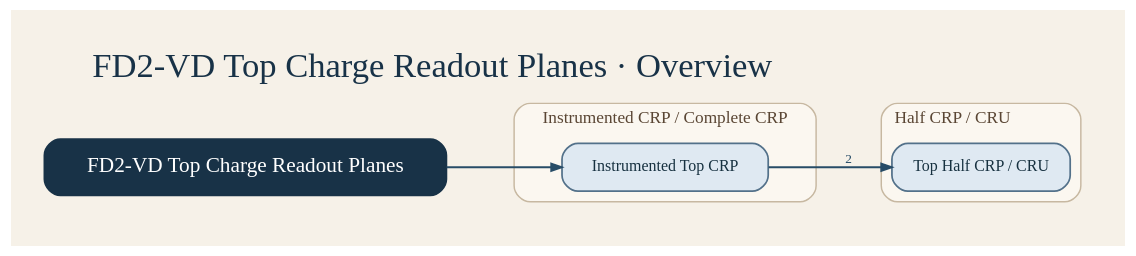
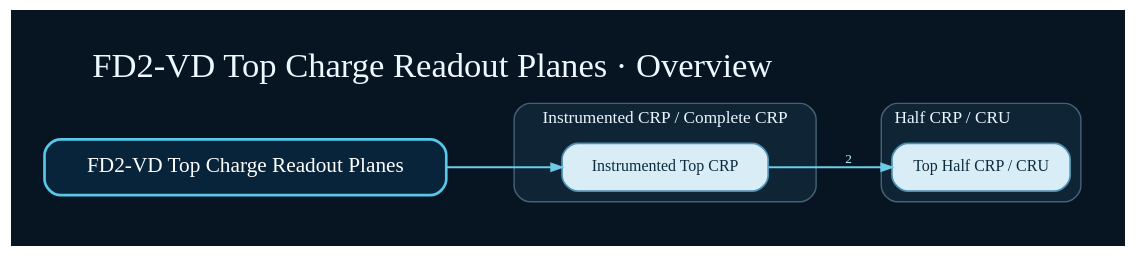
One commit to marroyav/hardware-database changed the diagram in docs/dot/fd2_vd_top_crp_overview.dot. Above: the diagram before and after it, drawn with Graphviz. The commit also changed 93 other files, not shown here.

```diff
--- a/docs/dot/fd2_vd_top_crp_overview.dot
+++ b/docs/dot/fd2_vd_top_crp_overview.dot
@@ -1,56 +1,56 @@
 digraph HardwareModel {
   graph [
     rankdir=LR,
     splines=true,
     overlap=false,
     newrank=true,
     compound=true,
-    bgcolor="#f6f1e8",
+    bgcolor="#071421",
     pad="0.35",
     nodesep="0.45",
     ranksep="0.8",
     label="FD2-VD Top Charge Readout Planes · Overview",
     labelloc="t",
     labeljust="l",
-    fontname="Iowan Old Style",
+    fontname="Avenir Next",
     fontsize=26,
-    fontcolor="#183247"
+    fontcolor="#edf8ff"
   ];
   node [fontname="Avenir Next", fontsize=12, margin="0.18,0.12", penwidth=1.3];
-  edge [fontname="Avenir Next", fontsize=10, arrowsize=0.8, penwidth=1.2, color="#33536a", fontcolor="#33536a"];
+  edge [fontname="Avenir Next", fontsize=10, arrowsize=0.8, penwidth=1.2, color="#6ecbe8", fontcolor="#bdefff"];
 
-  fd2_vd_top_crp [label="FD2-VD Top Charge Readout Planes", fontname="Avenir Next", URL="../explorer.html#object=fd2_vd_top_crp", target="_top", tooltip="Open FD2-VD Top Charge Readout Planes in the interactive explorer", shape="box", style="rounded,filled", fillcolor="#183247", color="#183247", fontcolor="#ffffff", fontsize="16", margin="0.24,0.16", penwidth="1.5"];
+  fd2_vd_top_crp [label="FD2-VD Top Charge Readout Planes", fontname="Avenir Next", URL="../explorer.html#object=fd2_vd_top_crp", target="_top", tooltip="Open FD2-VD Top Charge Readout Planes in the interactive explorer", shape="box", style="rounded,filled", fillcolor="#08243a", color="#58c7e8", fontcolor="#ffffff", fontsize="16", margin="0.24,0.16", penwidth="2.0"];
 
   subgraph cluster_fd2_vd_top_crp_half_crp {
     label="Half CRP / CRU";
     style="rounded,filled";
-    color="#c7b8a1";
-    fillcolor="#fbf7f0";
+    color="#456174";
+    fillcolor="#0f2434";
     penwidth=1.1;
     fontname="Avenir Next";
     fontsize=13;
-    fontcolor="#5a4634";
+    fontcolor="#e8f7ff";
     URL="../explorer.html#object=fd2_vd_top_crp.half_crp";
     target="_top";
     tooltip="Open Half CRP / CRU in the interactive explorer";
-    fd2_vd_top_crp_cru [label="Top Half CRP / CRU", fontname="Avenir Next", URL="../explorer.html#object=fd2_vd_top_crp.cru", target="_top", tooltip="Open Top Half CRP / CRU in the interactive explorer", shape="box", style="rounded,filled", fillcolor="#dfe9f2", color="#53718a", fontcolor="#173140"];
+    fd2_vd_top_crp_cru [label="Top Half CRP / CRU", fontname="Avenir Next", URL="../explorer.html#object=fd2_vd_top_crp.cru", target="_top", tooltip="Open Top Half CRP / CRU in the interactive explorer", shape="box", style="rounded,filled", fillcolor="#d9edf7", color="#4c8fb0", fontcolor="#0d2b3d"];
   }
 
   subgraph cluster_fd2_vd_top_crp_complete_crp {
     label="Instrumented CRP / Complete CRP";
     style="rounded,filled";
-    color="#c7b8a1";
-    fillcolor="#fbf7f0";
+    color="#456174";
+    fillcolor="#0f2434";
     penwidth=1.1;
     fontname="Avenir Next";
     fontsize=13;
-    fontcolor="#5a4634";
+    fontcolor="#e8f7ff";
     URL="../explorer.html#object=fd2_vd_top_crp.complete_crp";
     target="_top";
     tooltip="Open Instrumented CRP / Complete CRP in the interactive explorer";
-    fd2_vd_top_crp_top_crp [label="Instrumented Top CRP", fontname="Avenir Next", URL="../explorer.html#object=fd2_vd_top_crp.top_crp", target="_top", tooltip="Open Instrumented Top CRP in the interactive explorer", shape="box", style="rounded,filled", fillcolor="#dfe9f2", color="#53718a", fontcolor="#173140"];
+    fd2_vd_top_crp_top_crp [label="Instrumented Top CRP", fontname="Avenir Next", URL="../explorer.html#object=fd2_vd_top_crp.top_crp", target="_top", tooltip="Open Instrumented Top CRP in the interactive explorer", shape="box", style="rounded,filled", fillcolor="#d9edf7", color="#4c8fb0", fontcolor="#0d2b3d"];
   }
 
-  fd2_vd_top_crp -> fd2_vd_top_crp_top_crp [URL="../explorer.html#object=relation%3A80", target="_top", tooltip="Open contains relation in the interactive explorer", color="#274c67", fontcolor="#274c67", penwidth="1.4"];
-  fd2_vd_top_crp_top_crp -> fd2_vd_top_crp_cru [URL="../explorer.html#object=relation%3A81", target="_top", tooltip="Open contains relation in the interactive explorer", color="#274c67", fontcolor="#274c67", penwidth="1.4", label="2"];
+  fd2_vd_top_crp -> fd2_vd_top_crp_top_crp [URL="../explorer.html#object=relation%3A80", target="_top", tooltip="Open contains relation in the interactive explorer", color="#6ecbe8", fontcolor="#bdefff", penwidth="1.4"];
+  fd2_vd_top_crp_top_crp -> fd2_vd_top_crp_cru [URL="../explorer.html#object=relation%3A81", target="_top", tooltip="Open contains relation in the interactive explorer", color="#6ecbe8", fontcolor="#bdefff", penwidth="1.4", label="2"];
 }
```
